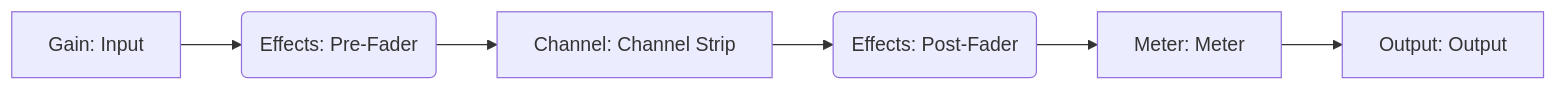
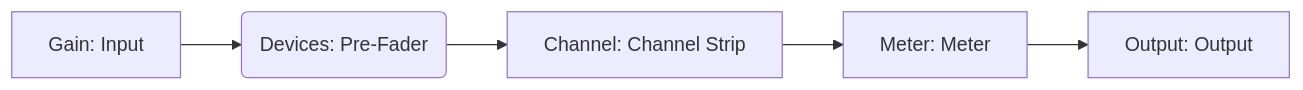
One commit to yannmazita/daw.ts changed the sixth of 9 diagrams in README.md. Above: the diagram before and after it, drawn with Mermaid. The commit also changed other lines of this file, not shown here.

````diff
--- a/README.md
+++ b/README.md
@@ -174,8 +174,7 @@
 ```mermaid
 graph LR
-    A[Gain: Input] --> B(Effects: Pre-Fader);
+    A[Gain: Input] --> B(Devices: Pre-Fader);
     B --> C[Channel: Channel Strip];
-    C --> D(Effects: Post-Fader);
-    D --> E[Meter: Meter];
-    E --> F[Output: Output];
+    C --> D[Meter: Meter];
+    D --> E[Output: Output];
 ```
````
